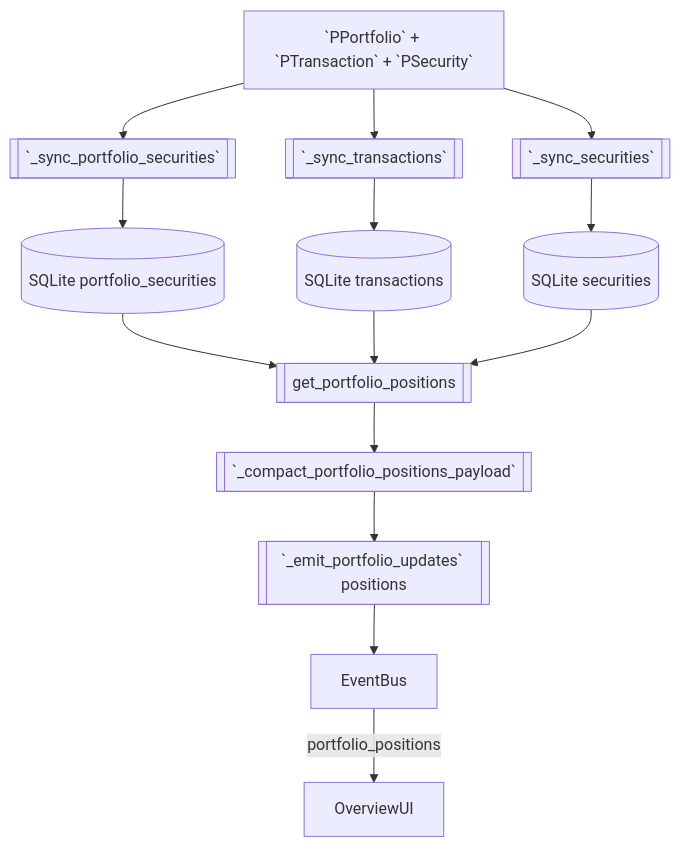
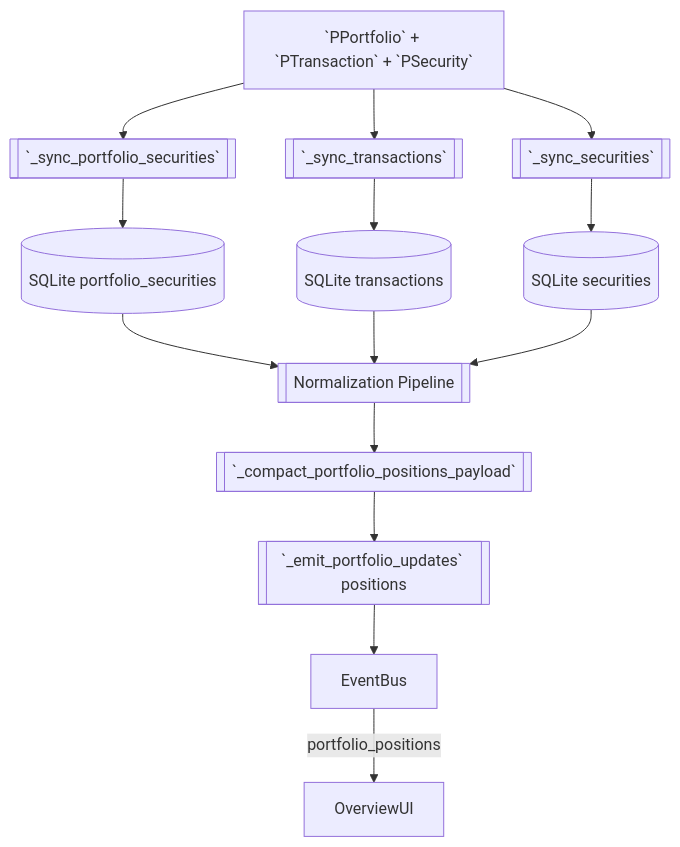
One commit to Freakandi/ha-pp-reader changed the fourth of 4 diagrams in datamodel/backend-datamodel-visualizations.md. Above: the diagram before and after it, drawn with Mermaid. The commit also changed other lines of this file and 38 other files, not shown here.

Commit message:
Implement .docs/TODO_normalization_pipeline.md

````diff
--- a/datamodel/backend-datamodel-visualizations.md
+++ b/datamodel/backend-datamodel-visualizations.md
@@ -115,16 +115,16 @@
 ```mermaid
 flowchart TD
   Proto[`PPortfolio` + `PTransaction` + `PSecurity`] --> SyncTransactions[[`_sync_transactions`]]
   Proto --> SyncHoldings[[`_sync_portfolio_securities`]]
   Proto --> SyncSecurities[[`_sync_securities`]]
   SyncHoldings --> HoldingsDB[("SQLite portfolio_securities")]
   SyncTransactions --> TxDB[("SQLite transactions")]
   SyncSecurities --> SecDB[("SQLite securities")]
-  HoldingsDB --> Positions[[get_portfolio_positions]]
+  HoldingsDB --> Positions[[Normalization Pipeline]]
   TxDB --> Positions
   SecDB --> Positions
   Positions --> PushFormatter[[`_compact_portfolio_positions_payload`]]
   PushFormatter --> PushEvent[[`_emit_portfolio_updates` positions]]
   PushEvent --> EventBus
   EventBus -->|portfolio_positions| OverviewUI
 ```
````
